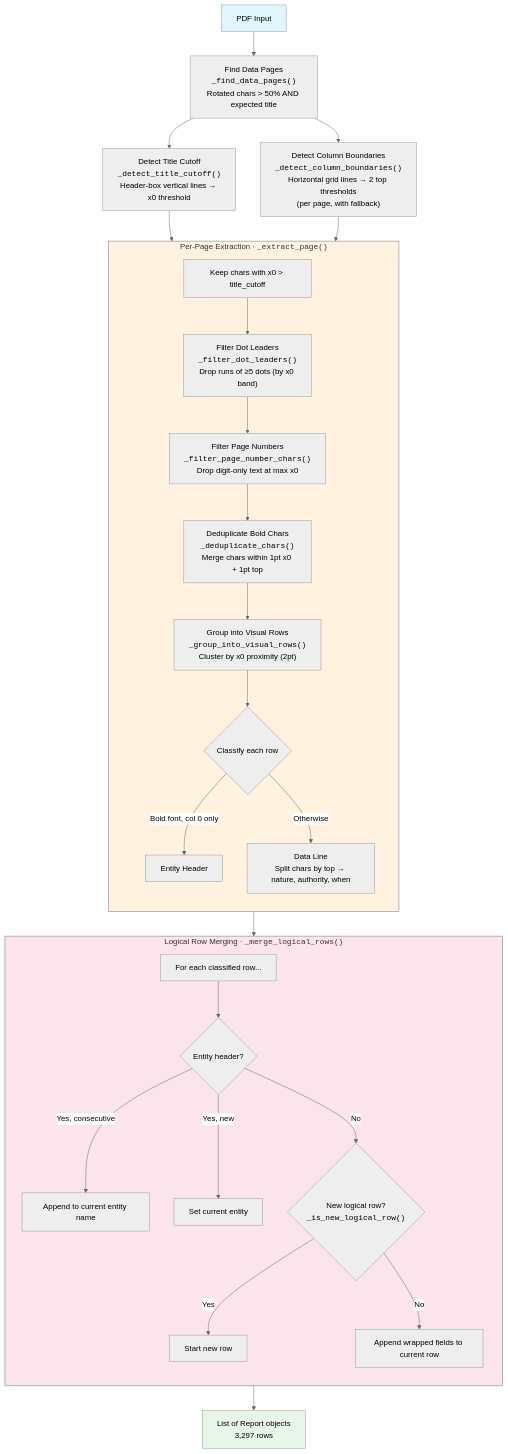
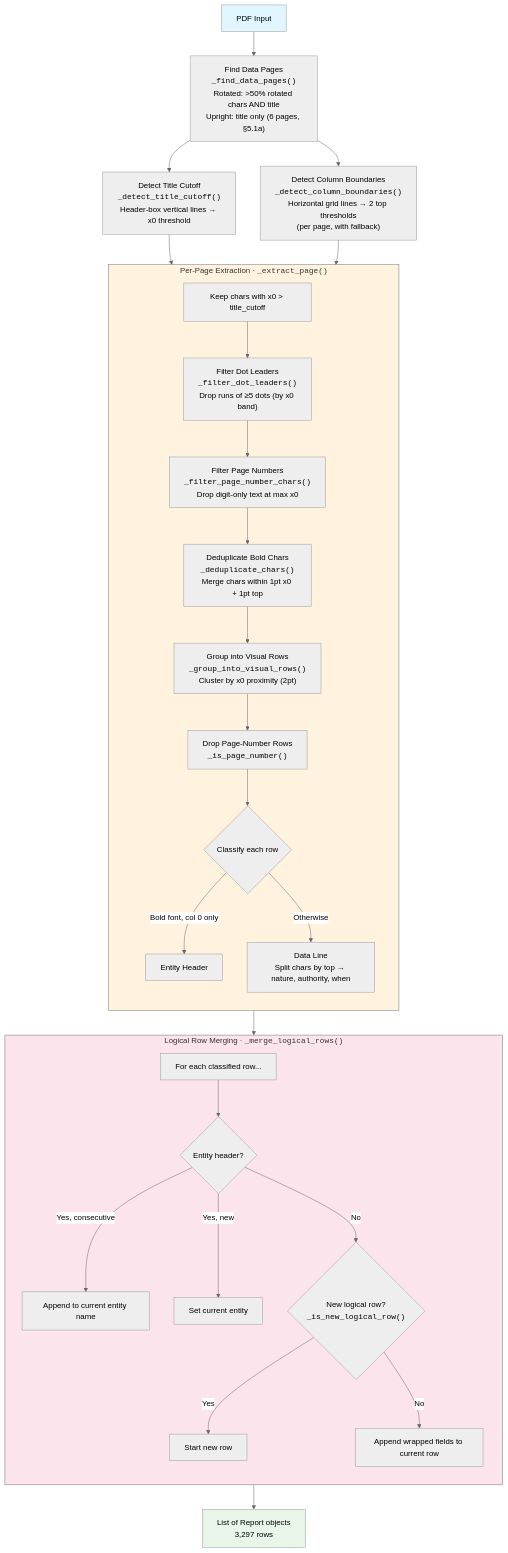
Before and after one commit to tandemgov/cmr: the first of 2 diagrams in docs/approach.md, drawn with Mermaid (neutral theme). The commit also changed other lines of this file and 6 other files, not shown here.

````diff
--- a/docs/approach.md
+++ b/docs/approach.md
@@ -92,42 +92,43 @@
 ```mermaid
 flowchart TD
-    PDF["PDF Input"] --> FDP["Find Data Pages<br/><code>_find_data_pages()</code><br/>Rotated chars > 50% AND expected title"]
+    PDF["PDF Input"] --> FDP["Find Data Pages<br/><code>_find_data_pages()</code><br/>Rotated: >50% rotated chars AND title<br/>Upright: title only (6 pages, §5.1a)"]
 
     FDP --> DTC["Detect Title Cutoff<br/><code>_detect_title_cutoff()</code><br/>Header-box vertical lines → x0 threshold"]
     FDP --> DCB["Detect Column Boundaries<br/><code>_detect_column_boundaries()</code><br/>Horizontal grid lines → 2 top thresholds<br/>(per page, with fallback)"]
 
     DTC --> EP
     DCB --> EP
 
     subgraph EP ["Per-Page Extraction · <code>_extract_page()</code>"]
         direction TB
         CHARS["Keep chars with x0 > title_cutoff"]
         CHARS --> FDL["Filter Dot Leaders<br/><code>_filter_dot_leaders()</code><br/>Drop runs of ≥5 dots (by x0 band)"]
         FDL --> FPN["Filter Page Numbers<br/><code>_filter_page_number_chars()</code><br/>Drop digit-only text at max x0"]
         FPN --> DEDUP["Deduplicate Bold Chars<br/><code>_deduplicate_chars()</code><br/>Merge chars within 1pt x0 + 1pt top"]
         DEDUP --> GVR["Group into Visual Rows<br/><code>_group_into_visual_rows()</code><br/>Cluster by x0 proximity (2pt)"]
-        GVR --> CLASSIFY{"Classify each row"}
+        GVR --> DPN["Drop Page-Number Rows<br/><code>_is_page_number()</code>"]
+        DPN --> CLASSIFY{"Classify each row"}
         CLASSIFY -->|"Bold font, col 0 only"| ENT["Entity Header"]
         CLASSIFY -->|"Otherwise"| DATA["Data Line<br/>Split chars by top → nature, authority, when"]
     end
 
     EP --> MLR
 
     subgraph MLR ["Logical Row Merging · <code>_merge_logical_rows()</code>"]
         direction TB
         ROW_IN["For each classified row..."]
         ROW_IN --> IS_ENT{"Entity header?"}
         IS_ENT -->|"Yes, consecutive"| MERGE_ENT["Append to current entity name"]
         IS_ENT -->|"Yes, new"| SET_ENT["Set current entity"]
         IS_ENT -->|"No"| IS_NEW{"New logical row?<br/><code>_is_new_logical_row()</code>"}
         IS_NEW -->|"Yes"| NEW_ROW["Start new row"]
         IS_NEW -->|"No"| CONT["Append wrapped fields to current row"]
     end
 
     MLR --> OUT["List of Report objects<br/>3,297 rows"]
 
     style PDF fill:#e1f5fe
     style OUT fill:#e8f5e9
     style EP fill:#fff3e0
     style MLR fill:#fce4ec
 ```
````
